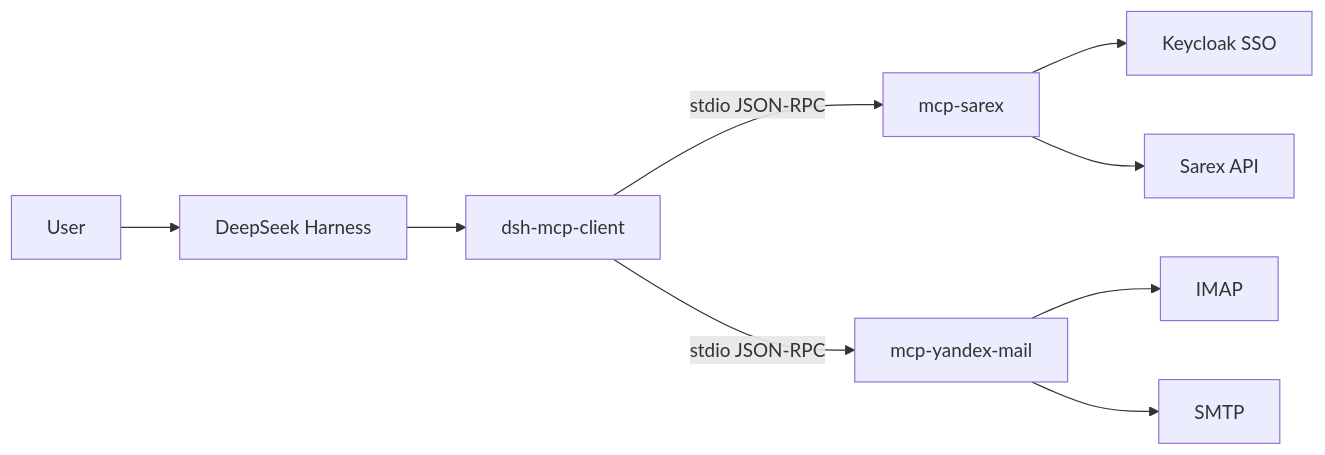
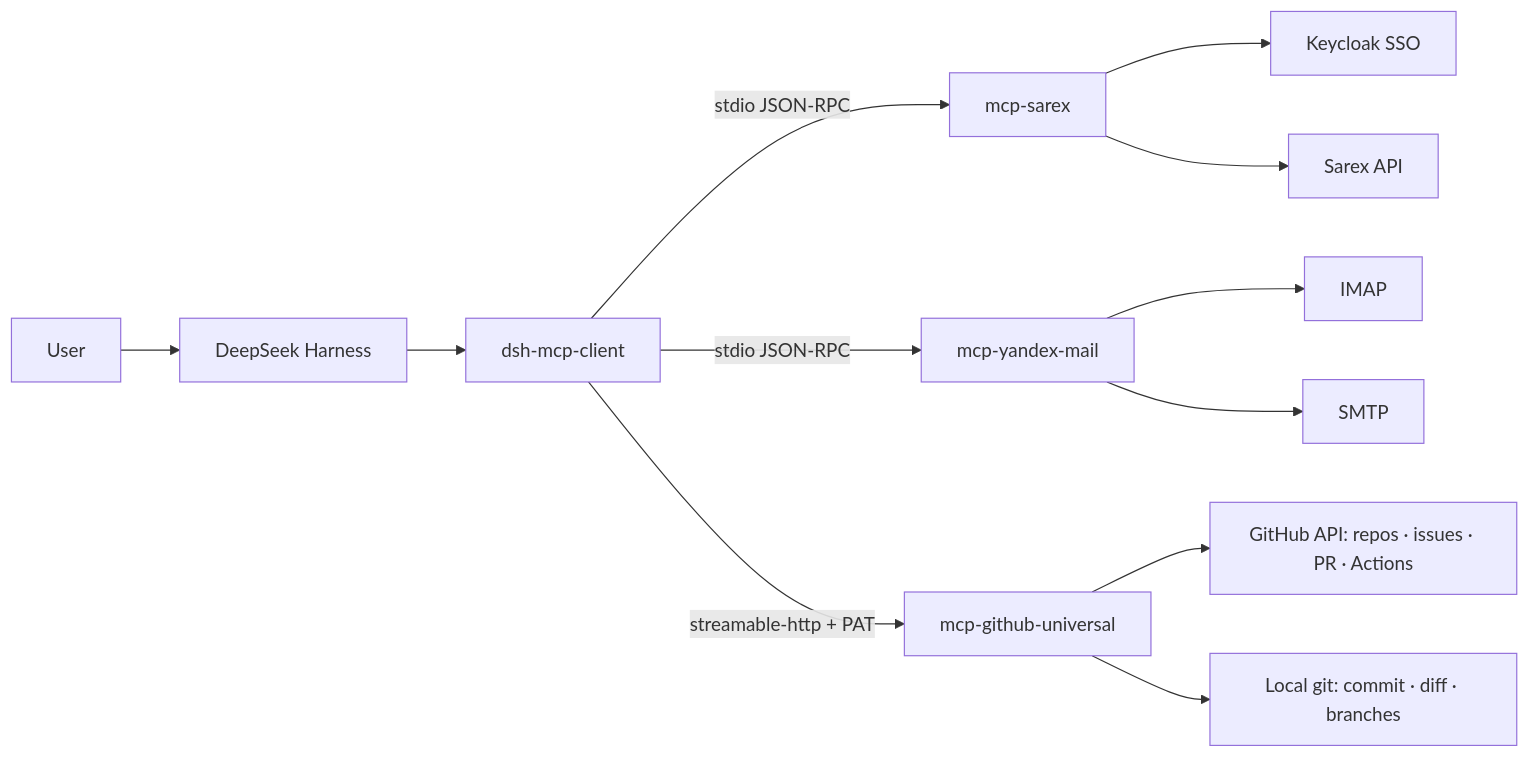
One commit to rukazax/deepseek_harness changed the second of 2 diagrams in README.md. Above: the diagram before and after it, drawn with Mermaid. The commit also changed other lines of this file and 4 other files, not shown here.

Commit message:
docs: index mcp-github-universal and extend the publishing rule to settings and rules

````diff
--- a/README.md
+++ b/README.md
@@ -137,11 +145,14 @@
 ```mermaid
 flowchart LR
     U[User] --> DSH[DeepSeek Harness]
     DSH --> P[dsh-mcp-client]
     P -->|stdio JSON-RPC| S1[mcp-sarex]
     P -->|stdio JSON-RPC| S2[mcp-yandex-mail]
+    P -->|streamable-http + PAT| S3[mcp-github-universal]
     S1 --> KC[Keycloak SSO]
     S1 --> API[Sarex API]
     S2 --> IMAP[IMAP]
     S2 --> SMTP[SMTP]
+    S3 --> GH[GitHub API: repos · issues · PR · Actions]
+    S3 --> LG[Local git: commit · diff · branches]
 ```
````
